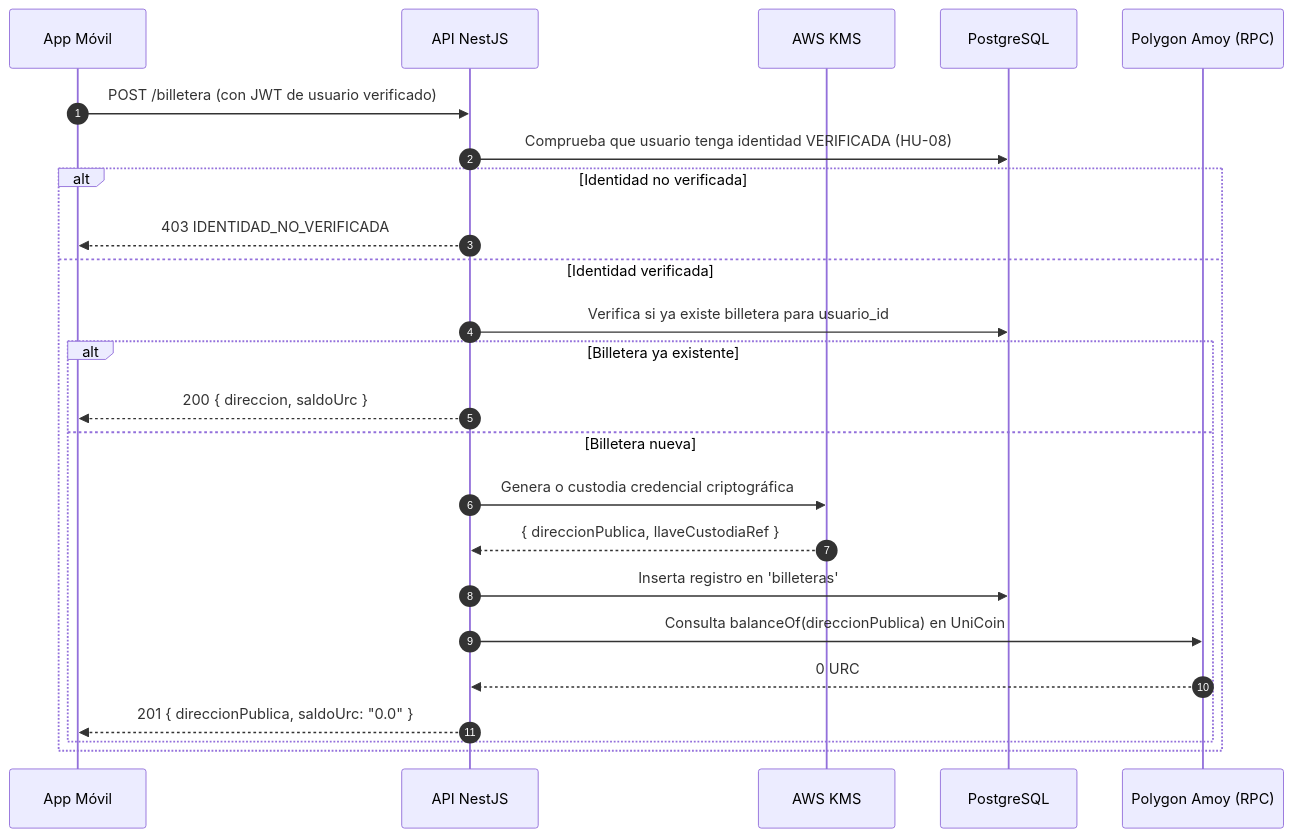
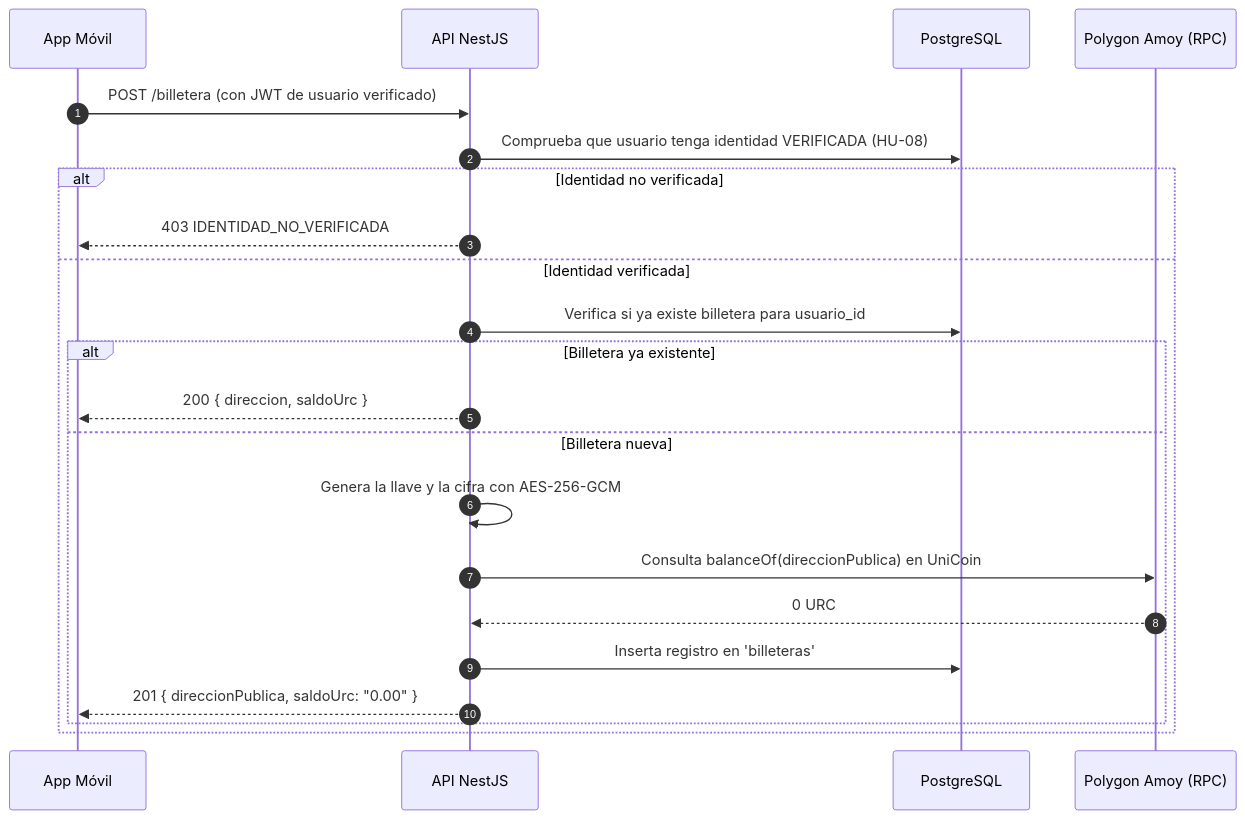
Before and after one commit to Vansiii/uniride: the diagram in SPECS/features/sprint-2/HU-12-creacion-billetera/plan.md, drawn with Mermaid. The commit also changed other lines of this file and 10 other files, not shown here.

Commit message:
HU-12 SP99-SP103: alinea la custodia cifrada y registra la implementacion en backlog, roadmap, plan, MEMORY y HEARTBEAT

````diff
--- a/SPECS/features/sprint-2/HU-12-creacion-billetera/plan.md
+++ b/SPECS/features/sprint-2/HU-12-creacion-billetera/plan.md
@@ -59,27 +61,25 @@
 ```mermaid
 sequenceDiagram
   autonumber
   participant App as App Móvil
   participant API as API NestJS
-  participant KMS as AWS KMS
   participant BD as PostgreSQL
   participant BC as Polygon Amoy (RPC)
 
   App->>API: POST /billetera (con JWT de usuario verificado)
   API->>BD: Comprueba que usuario tenga identidad VERIFICADA (HU-08)
   alt Identidad no verificada
     API-->>App: 403 IDENTIDAD_NO_VERIFICADA
   else Identidad verificada
     API->>BD: Verifica si ya existe billetera para usuario_id
     alt Billetera ya existente
       API-->>App: 200 { direccion, saldoUrc }
     else Billetera nueva
-      API->>KMS: Genera o custodia credencial criptográfica
-      KMS-->>API: { direccionPublica, llaveCustodiaRef }
-      API->>BD: Inserta registro en 'billeteras'
+      API->>API: Genera la llave y la cifra con AES-256-GCM
       API->>BC: Consulta balanceOf(direccionPublica) en UniCoin
       BC-->>API: 0 URC
-      API-->>App: 201 { direccionPublica, saldoUrc: "0.0" }
+      API->>BD: Inserta registro en 'billeteras'
+      API-->>App: 201 { direccionPublica, saldoUrc: "0.00" }
     end
   end
 ```
````
